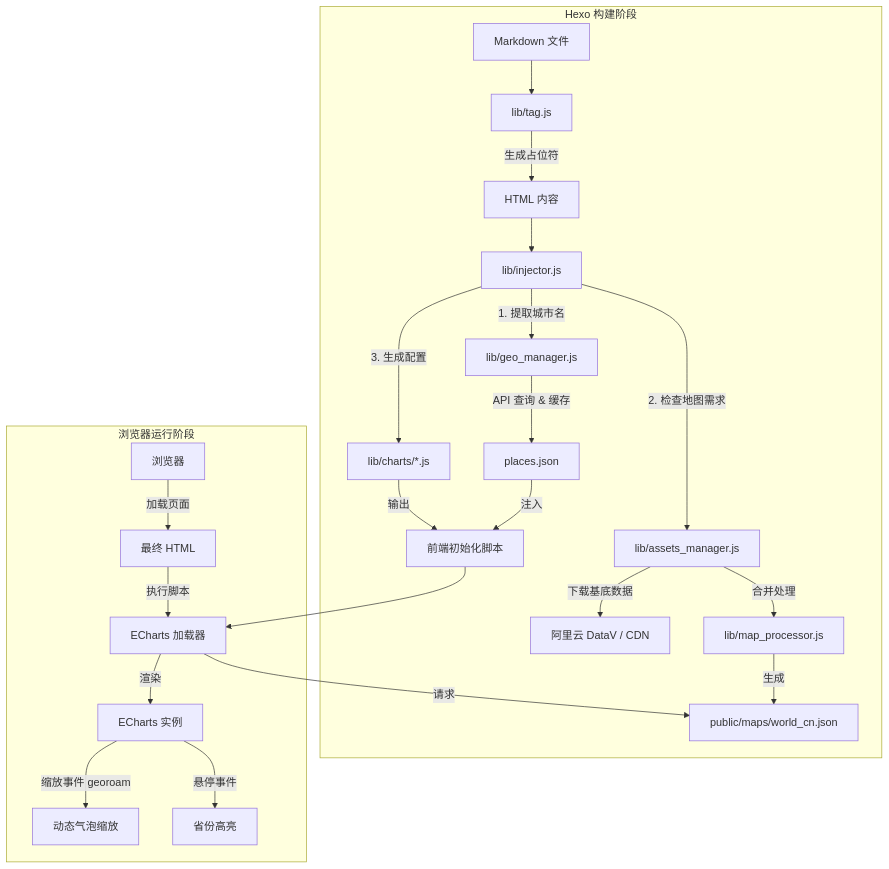
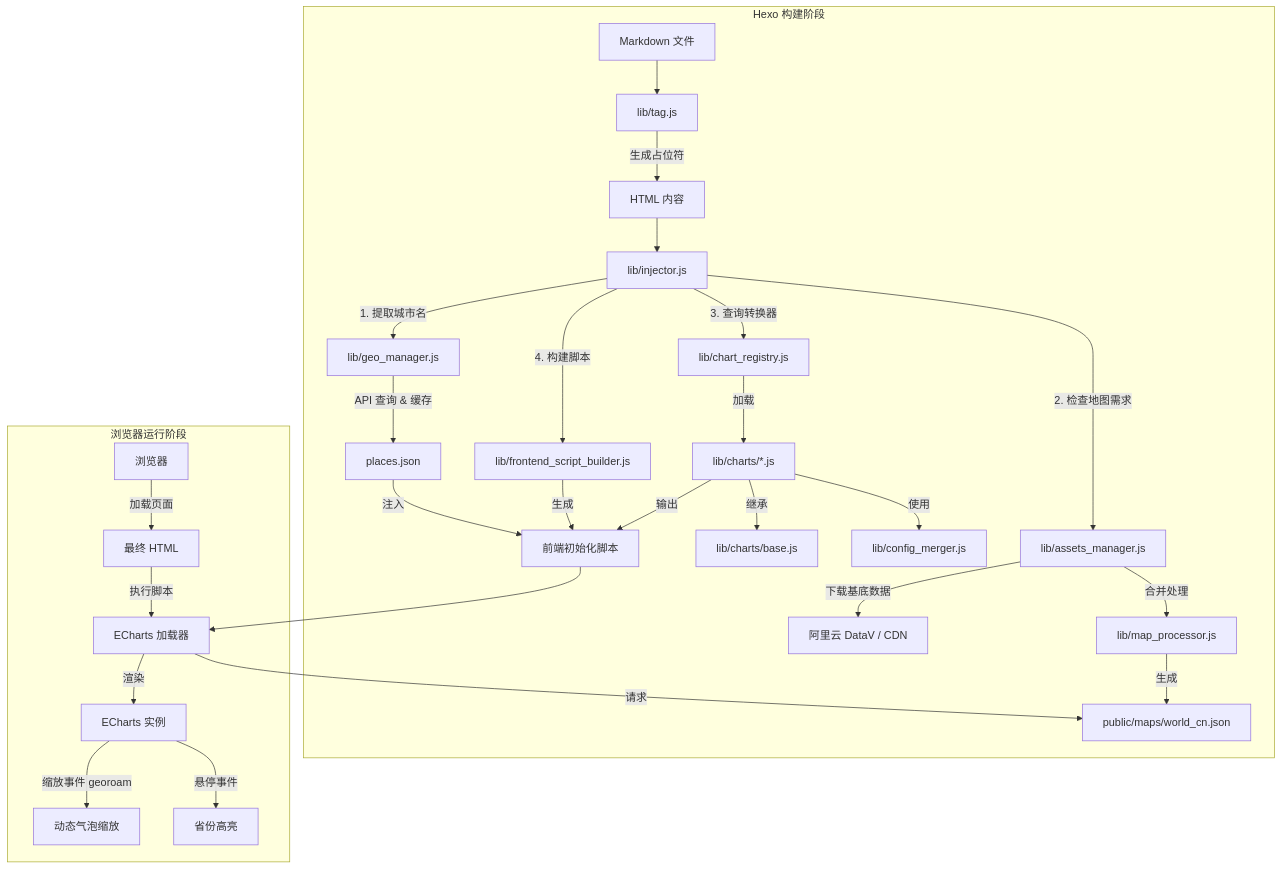
Before and after one commit to SkyHive/hexo-next-charts: the diagram in README.md, drawn with Mermaid. The commit also changed other lines of this file and 11 other files, not shown here.

First line of the commit message:
refactor: Re-architect plugin with registry pattern and base classes

````diff
--- a/README.md
+++ b/README.md
@@ -152,36 +157,42 @@
 ```mermaid
 flowchart TD
     %% 阶段划分
     subgraph BuildTime [Hexo 构建阶段]
         MD[Markdown 文件] --> Tag[lib/tag.js]
         Tag -->|生成占位符| Content[HTML 内容]
-        
+
         Content --> Injector[lib/injector.js]
-        
+
         Injector -->|1. 提取城市名| GeoMgr[lib/geo_manager.js]
         GeoMgr -->|API 查询 & 缓存| Places[places.json]
-        
+
         Injector -->|2. 检查地图需求| AssetsMgr[lib/assets_manager.js]
         AssetsMgr -->|下载基底数据| AliYun[阿里云 DataV / CDN]
         AssetsMgr -->|合并处理| MapProc[lib/map_processor.js]
         MapProc -->|生成| WorldCN[public/maps/world_cn.json]
-        
-        Injector -->|3. 生成配置| ChartTrans[lib/charts/*.js]
+
+        Injector -->|3. 查询转换器| Registry[lib/chart_registry.js]
+        Registry -->|加载| ChartTrans[lib/charts/*.js]
+        ChartTrans -->|继承| BaseTrans[lib/charts/base.js]
+        ChartTrans -->|使用| ConfigMerger[lib/config_merger.js]
         ChartTrans -->|输出| Script[前端初始化脚本]
+
+        Injector -->|4. 构建脚本| ScriptBuilder[lib/frontend_script_builder.js]
+        ScriptBuilder -->|生成| Script
     end
 
     subgraph Runtime [浏览器运行阶段]
         Browser[浏览器] -->|加载页面| HTML[最终 HTML]
         HTML -->|执行脚本| EChartsLoader[ECharts 加载器]
         EChartsLoader -->|请求| WorldCN
         EChartsLoader -->|渲染| Canvas[ECharts 实例]
-        
+
         %% 交互逻辑
         Canvas -->|缩放事件 georoam| ZoomHandler[动态气泡缩放]
         Canvas -->|悬停事件| HoverHandler[省份高亮]
     end
 
     %% 数据流向
     Script --> EChartsLoader
     Places -->|注入| Script
 ```
````
